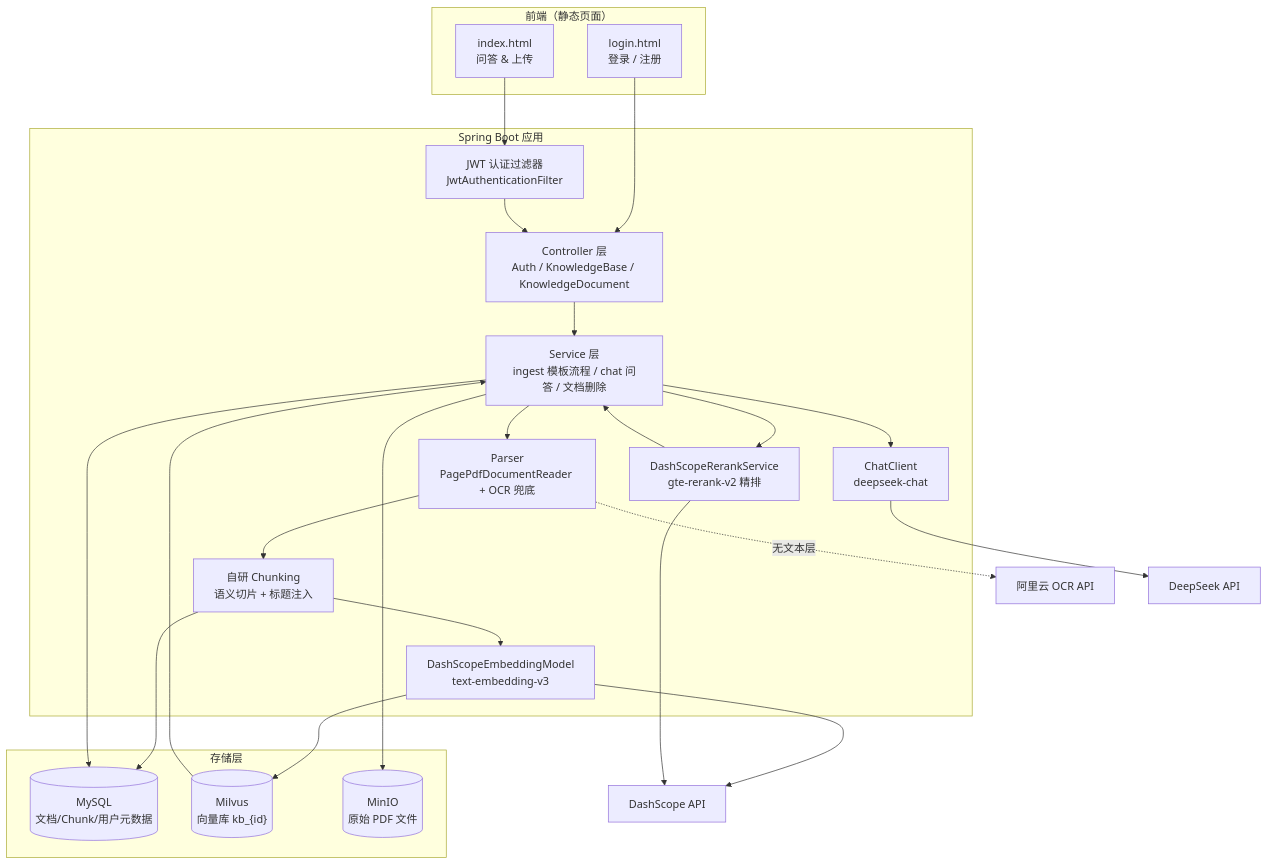
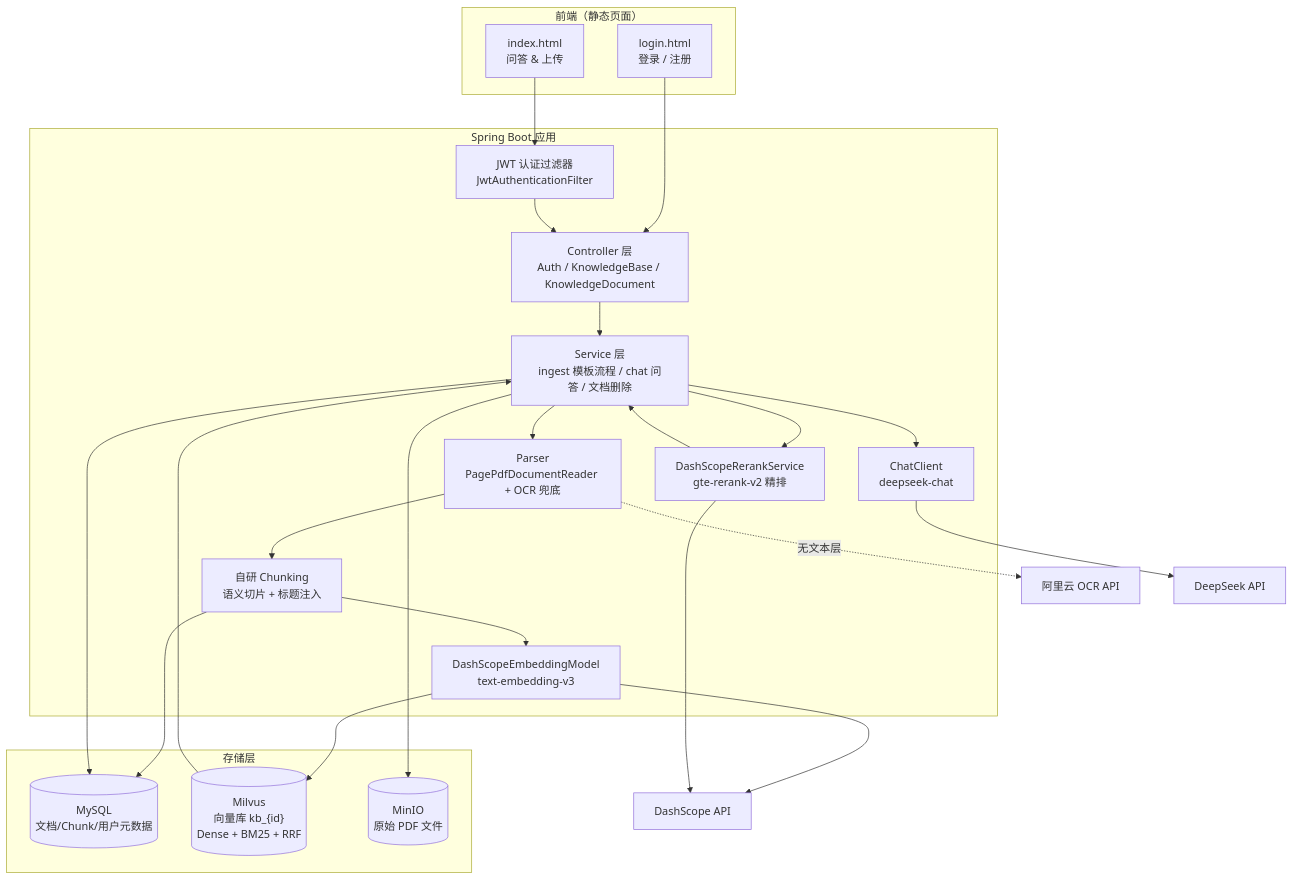
One commit to wjklovemmy/spring-ai-rag-demo changed the diagram in README.md. Above: the diagram before and after it, drawn with Mermaid. The commit also changed other lines of this file and 7 other files, not shown here.

````diff
--- a/README.md
+++ b/README.md
@@ -48,43 +48,43 @@
 ```mermaid
 graph TB
     subgraph Frontend["前端（静态页面）"]
         LOGIN["login.html<br/>登录 / 注册"]
         INDEX["index.html<br/>问答 & 上传"]
     end
 
     subgraph Backend["Spring Boot 应用"]
         CTRL["Controller 层<br/>Auth / KnowledgeBase / KnowledgeDocument"]
         AUTH["JWT 认证过滤器<br/>JwtAuthenticationFilter"]
         SVC["Service 层<br/>ingest 模板流程 / chat 问答 / 文档删除"]
         PARSER["Parser<br/>PagePdfDocumentReader + OCR 兜底"]
         SPLIT["自研 Chunking<br/>语义切片 + 标题注入"]
         EMBED["DashScopeEmbeddingModel<br/>text-embedding-v3"]
         RERANK["DashScopeRerankService<br/>gte-rerank-v2 精排"]
         CHAT["ChatClient<br/>deepseek-chat"]
     end
 
     subgraph Storage["存储层"]
         MYSQL[("MySQL<br/>文档/Chunk/用户元数据")]
-        MILVUS[("Milvus<br/>向量库 kb_{id}")]
+        MILVUS[("Milvus<br/>向量库 kb_{id}<br/>Dense + BM25 + RRF")]
         MINIO[("MinIO<br/>原始 PDF 文件")]
     end
 
     OCRSVC["阿里云 OCR API"]
     AI["DeepSeek API"]
     DS["DashScope API"]
 
     LOGIN --> CTRL
     INDEX --> AUTH --> CTRL
     CTRL --> SVC
     SVC --> PARSER --> SPLIT
     PARSER -.无文本层.-> OCRSVC
     SPLIT --> MYSQL
     SPLIT --> EMBED --> DS
     EMBED --> MILVUS
     SVC --> CHAT --> AI
     MILVUS --> SVC
     SVC --> RERANK --> DS
     RERANK --> SVC
     SVC --> MINIO
     SVC --> MYSQL
 ```
````
